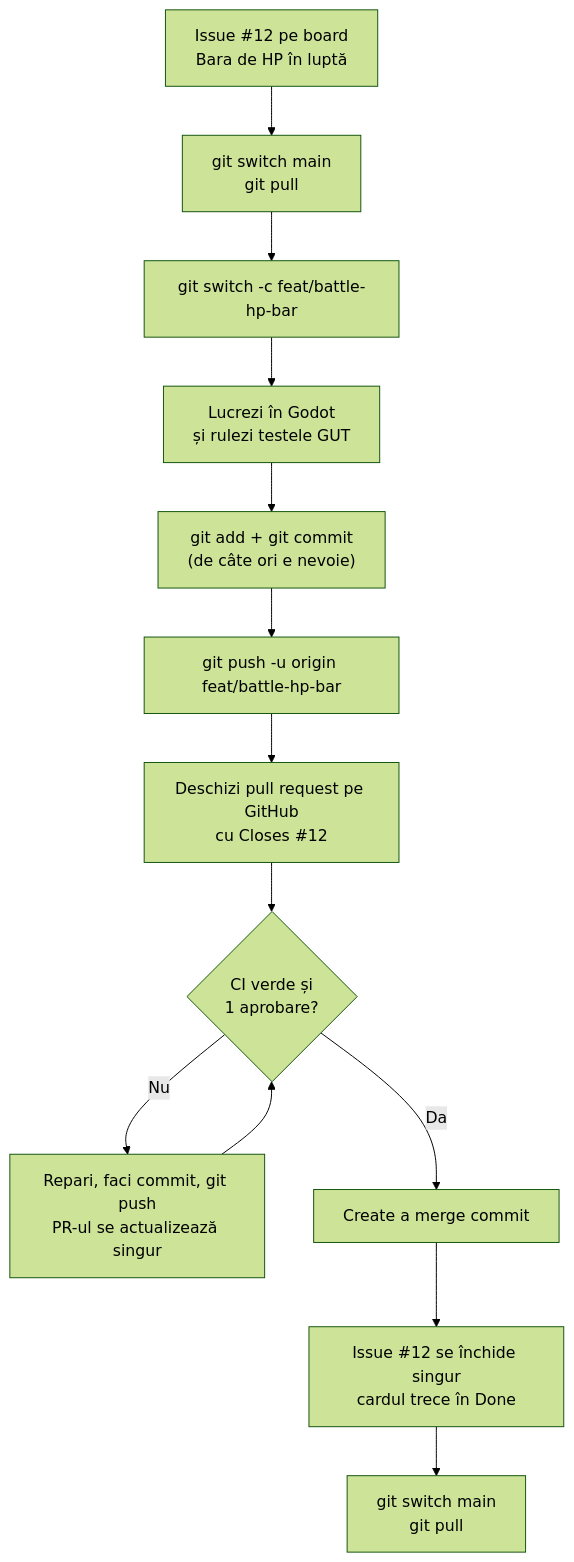
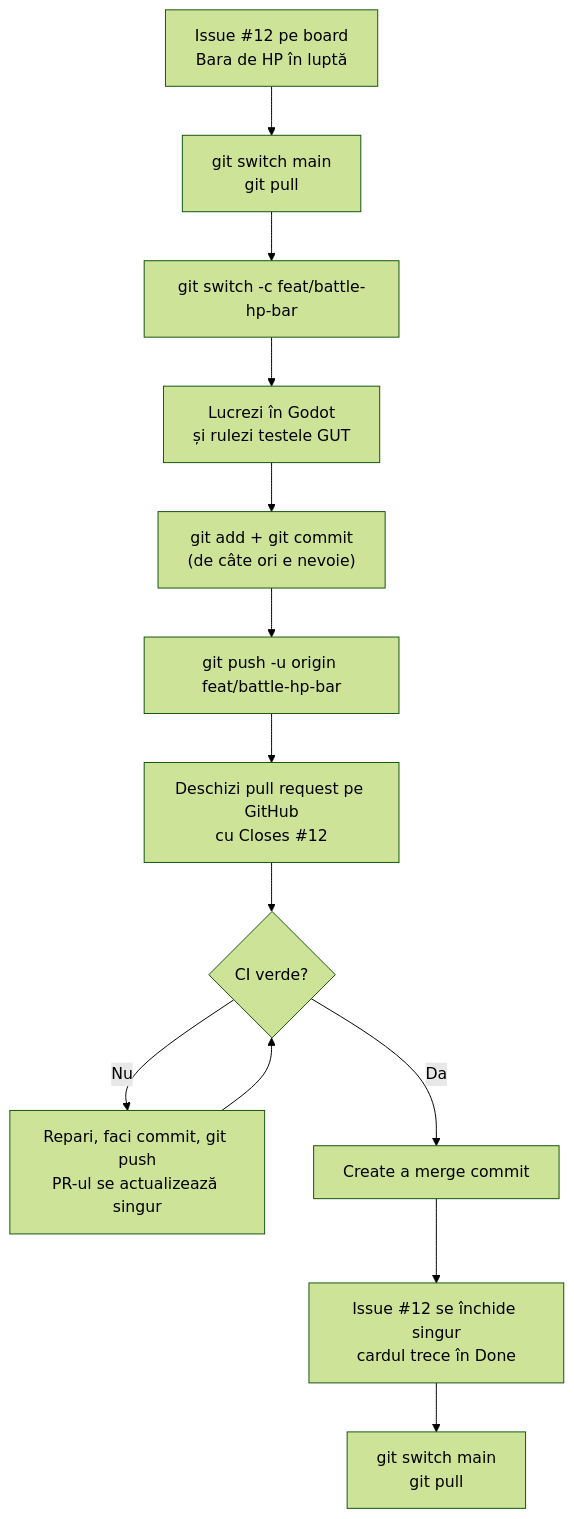
The diagram in docs/ghid-git/00-introducere.md (kevingameit-tech/kotoba-no-takara), drawn with Mermaid (forest theme) before and after one commit. The commit also changed other lines of this file and 14 other files, not shown here.

````diff
--- a/docs/ghid-git/00-introducere.md
+++ b/docs/ghid-git/00-introducere.md
@@ -52,15 +52,15 @@
 ```mermaid
 flowchart TD
     A["Issue #12 pe board<br/>Bara de HP în luptă"] --> B["git switch main<br/>git pull"]
     B --> C["git switch -c feat/battle-hp-bar"]
     C --> D["Lucrezi în Godot<br/>și rulezi testele GUT"]
     D --> E["git add + git commit<br/>(de câte ori e nevoie)"]
     E --> F["git push -u origin feat/battle-hp-bar"]
     F --> G["Deschizi pull request pe GitHub<br/>cu Closes #12"]
-    G --> H{"CI verde și<br/>1 aprobare?"}
+    G --> H{"CI verde?"}
     H -->|"Nu"| I["Repari, faci commit, git push<br/>PR-ul se actualizează singur"]
     I --> H
     H -->|"Da"| J["Create a merge commit"]
     J --> K["Issue #12 se închide singur<br/>cardul trece în Done"]
     K --> L["git switch main<br/>git pull"]
 ```
````
